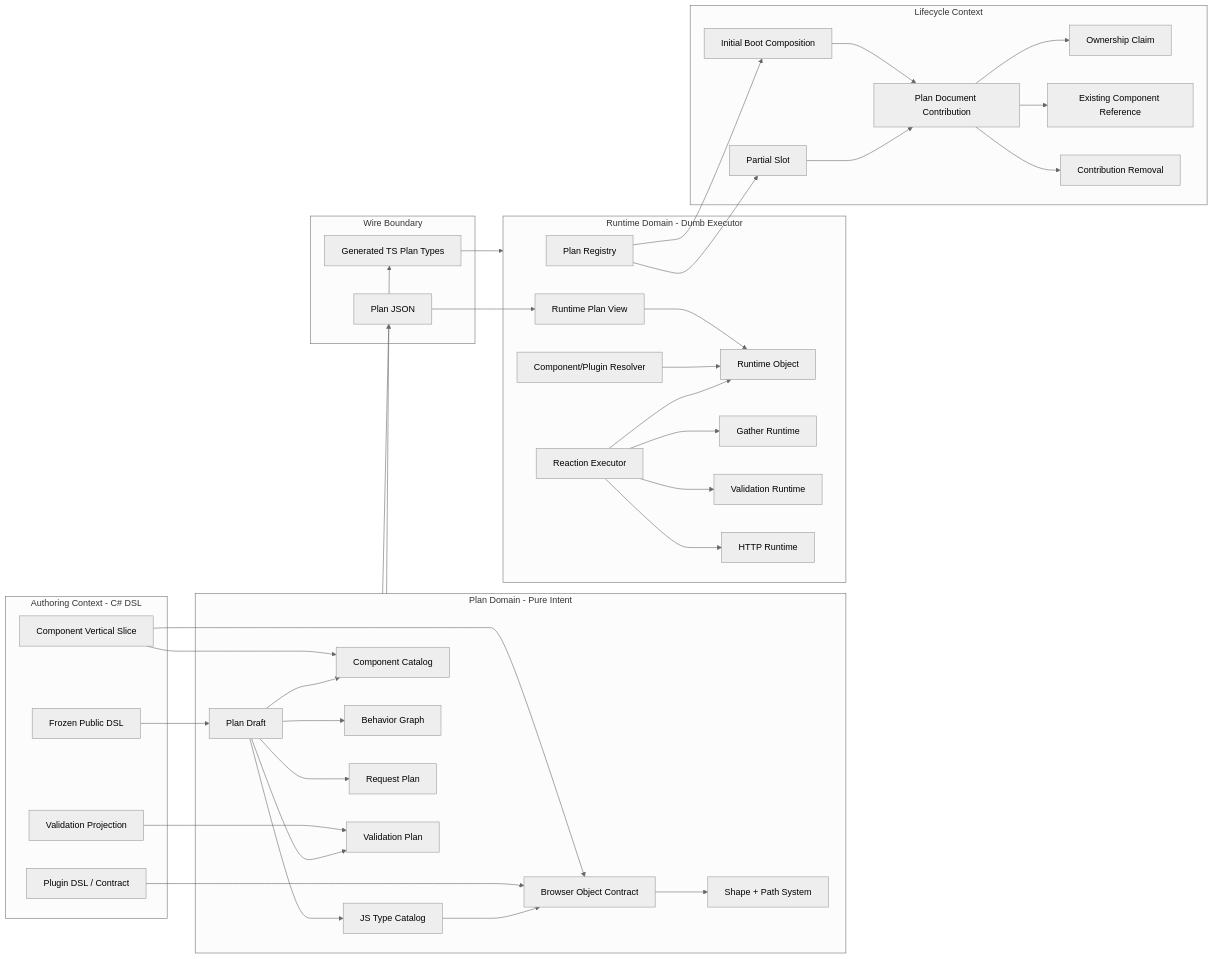
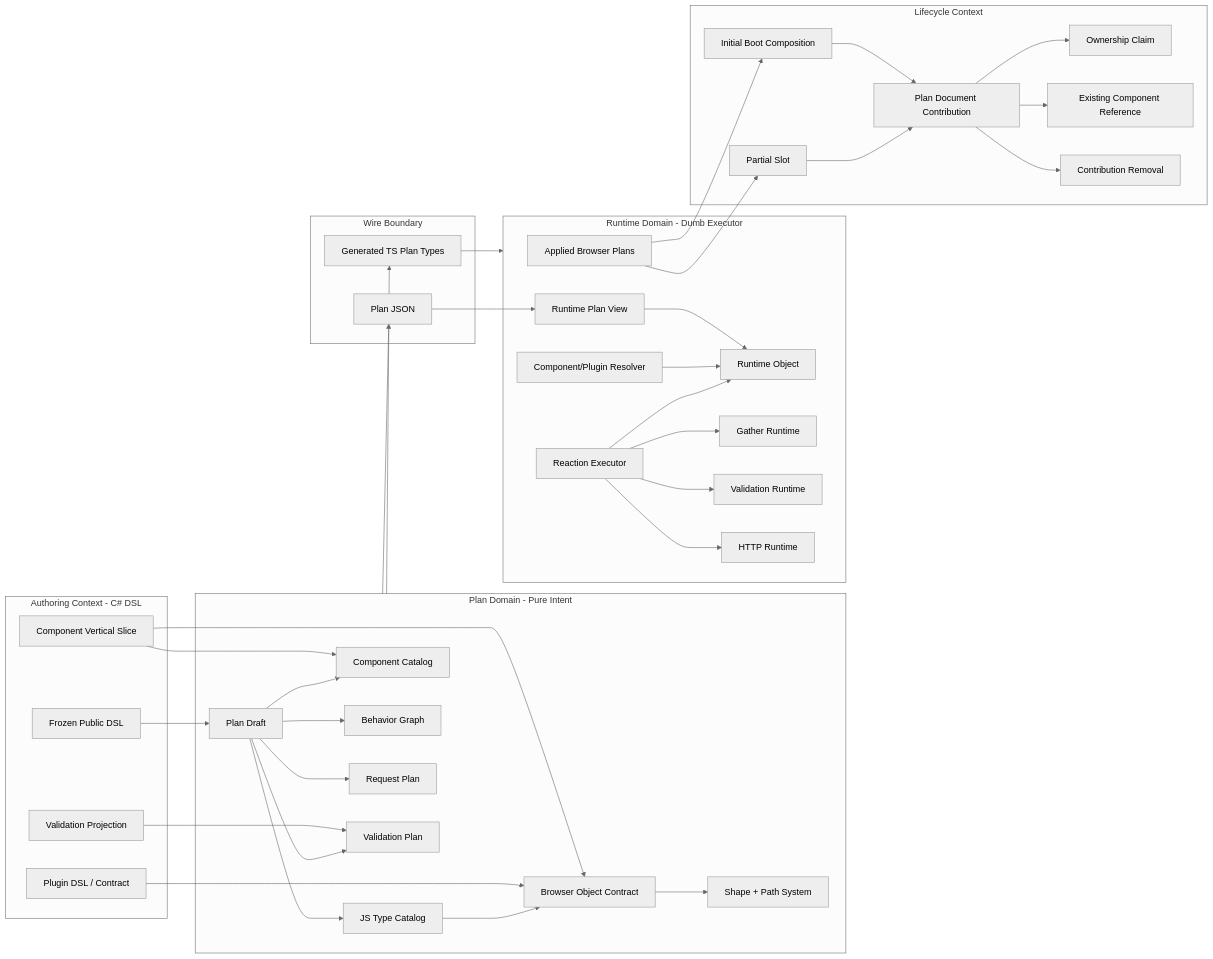
Before and after one commit to marafiq/alis-reactive: the second of 5 diagrams in docs/reactive-plan-domain-language.md, drawn with Mermaid (neutral theme). The commit also changed other lines of this file and 2 other files, not shown here.

````diff
--- a/docs/reactive-plan-domain-language.md
+++ b/docs/reactive-plan-domain-language.md
@@ -83,79 +88,79 @@
 ```mermaid
 flowchart LR
     subgraph Authoring["Authoring Context - C# DSL"]
         DSL["Frozen Public DSL"]
         Slice["Component Vertical Slice"]
         PluginDsl["Plugin DSL / Contract"]
         ValidationDsl["Validation Projection"]
     end
 
     subgraph PlanDomain["Plan Domain - Pure Intent"]
         Draft["Plan Draft"]
         ObjectContract["Browser Object Contract"]
         TypeCatalog["JS Type Catalog"]
         ComponentCatalog["Component Catalog"]
         BehaviorGraph["Behavior Graph"]
         RequestPlan["Request Plan"]
         ValidationPlan["Validation Plan"]
         ShapeSystem["Shape + Path System"]
     end
 
     subgraph Wire["Wire Boundary"]
         GeneratedTs["Generated TS Plan Types"]
         Json["Plan JSON"]
     end
 
     subgraph RuntimeDomain["Runtime Domain - Dumb Executor"]
-        Registry["Plan Registry"]
+        AppliedPlans["Applied Browser Plans"]
         RuntimePlan["Runtime Plan View"]
         RuntimeObject["Runtime Object"]
         Resolver["Component/Plugin Resolver"]
         Executor["Reaction Executor"]
         Gather["Gather Runtime"]
         Validator["Validation Runtime"]
         Transport["HTTP Runtime"]
     end
 
     subgraph Lifecycle["Lifecycle Context"]
         Boot["Initial Boot Composition"]
         Slot["Partial Slot"]
         Contribution["Plan Document Contribution"]
         Ownership["Ownership Claim"]
         Reference["Existing Component Reference"]
         Unload["Contribution Removal"]
     end
 
     DSL --> Draft
     Slice --> ComponentCatalog
     Slice --> ObjectContract
     PluginDsl --> ObjectContract
     ValidationDsl --> ValidationPlan
 
     Draft --> TypeCatalog
     Draft --> ComponentCatalog
     Draft --> BehaviorGraph
     Draft --> RequestPlan
     Draft --> ValidationPlan
     ObjectContract --> ShapeSystem
     TypeCatalog --> ObjectContract
 
     PlanDomain --> Json
     PlanDomain --> GeneratedTs
     GeneratedTs --> RuntimeDomain
     Json --> RuntimePlan
 
     RuntimePlan --> RuntimeObject
     Resolver --> RuntimeObject
     Executor --> RuntimeObject
     Executor --> Gather
     Executor --> Validator
     Executor --> Transport
 
     Boot --> Contribution
     Slot --> Contribution
     Contribution --> Ownership
     Contribution --> Reference
     Contribution --> Unload
-    Registry --> Boot
-    Registry --> Slot
+    AppliedPlans --> Boot
+    AppliedPlans --> Slot
 ```
````
